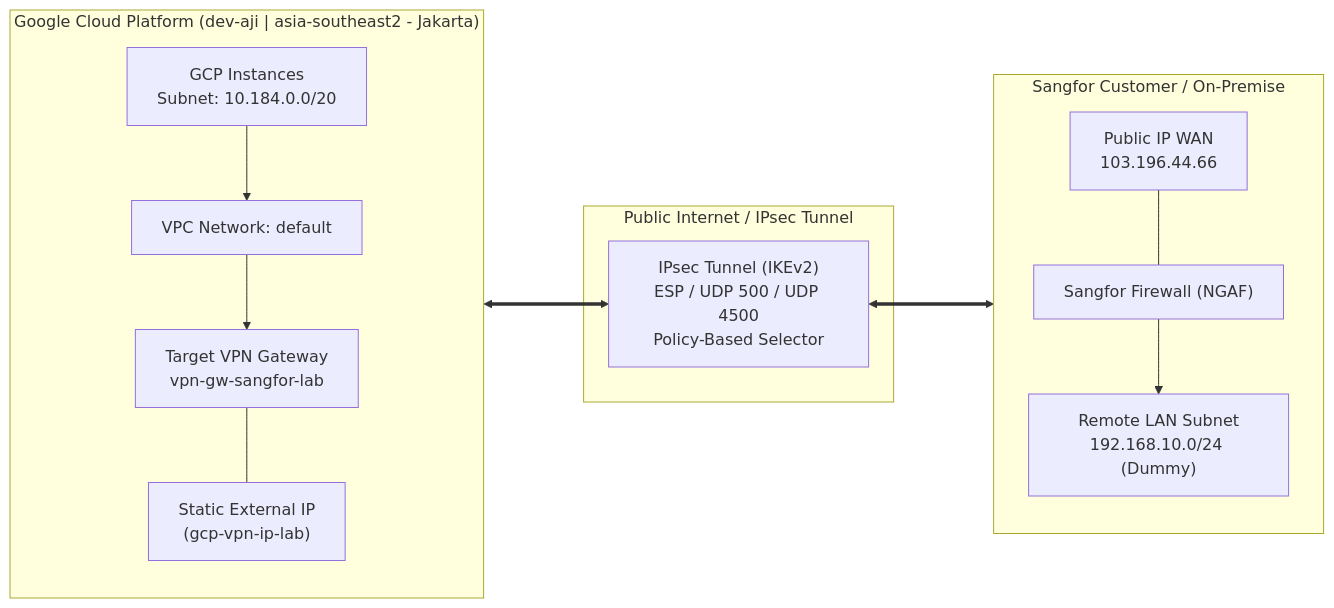
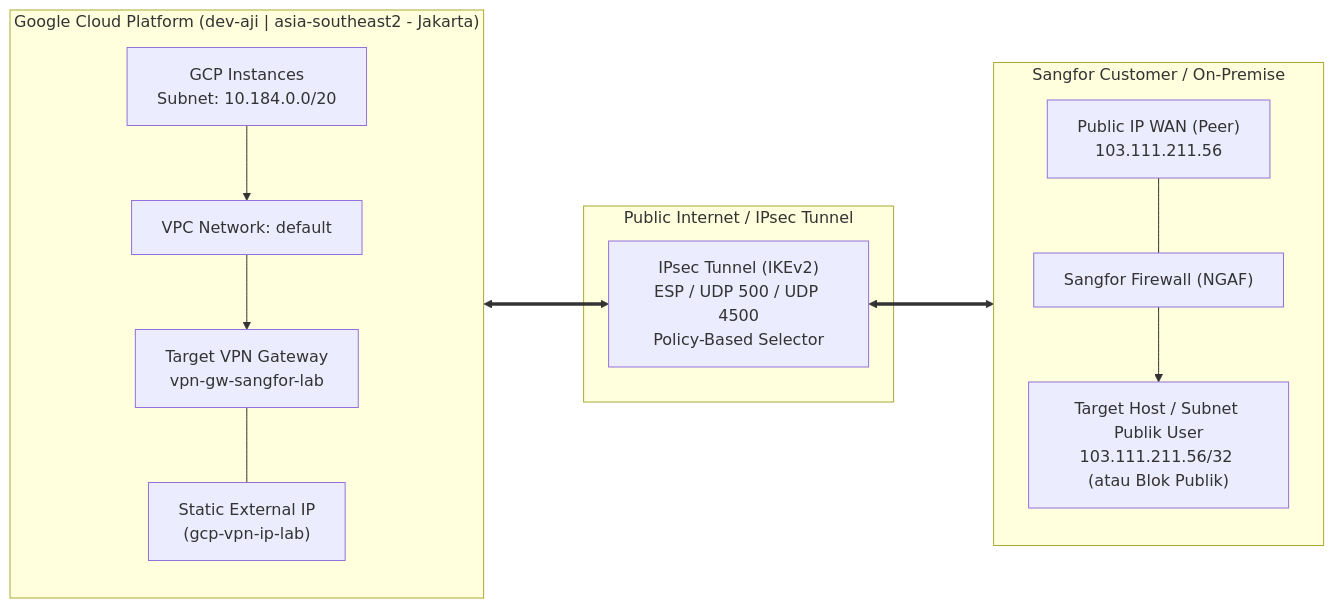
One commit to jibon777/gcp-sangfor-vp changed the diagram in README.md. Above: the diagram before and after it, drawn with Mermaid. The commit also changed other lines of this file and 2 other files, not shown here.

Commit message:
feat: adjust gcloud & readme for public IP on user/remote Sangfor side

````diff
--- a/README.md
+++ b/README.md
@@ -9,25 +12,25 @@
 ```mermaid
 flowchart LR
     subgraph GCP["Google Cloud Platform (dev-aji | asia-southeast2 - Jakarta)"]
         direction TB
         VM["GCP Instances<br/>Subnet: 10.184.0.0/20"]
         VPC["VPC Network: default"]
         GW["Target VPN Gateway<br/>vpn-gw-sangfor-lab"]
         IP_GCP["Static External IP<br/>(gcp-vpn-ip-lab)"]
         VM --> VPC --> GW --- IP_GCP
     end
 
     subgraph Internet["Public Internet / IPsec Tunnel"]
         Tunnel["IPsec Tunnel (IKEv2)<br/>ESP / UDP 500 / UDP 4500<br/>Policy-Based Selector"]
     end
 
     subgraph OnPrem["Sangfor Customer / On-Premise"]
         direction TB
-        IP_SNG["Public IP WAN<br/>103.196.44.66"]
+        IP_SNG["Public IP WAN (Peer)<br/>103.111.211.56"]
         NGAF["Sangfor Firewall (NGAF)"]
-        LAN["Remote LAN Subnet<br/>192.168.10.0/24 (Dummy)"]
+        LAN["Target Host / Subnet Publik User<br/>103.111.211.56/32 (atau Blok Publik)"]
         IP_SNG --- NGAF --> LAN
     end
 
     IP_GCP <===> Tunnel <===> IP_SNG
 ```
````
